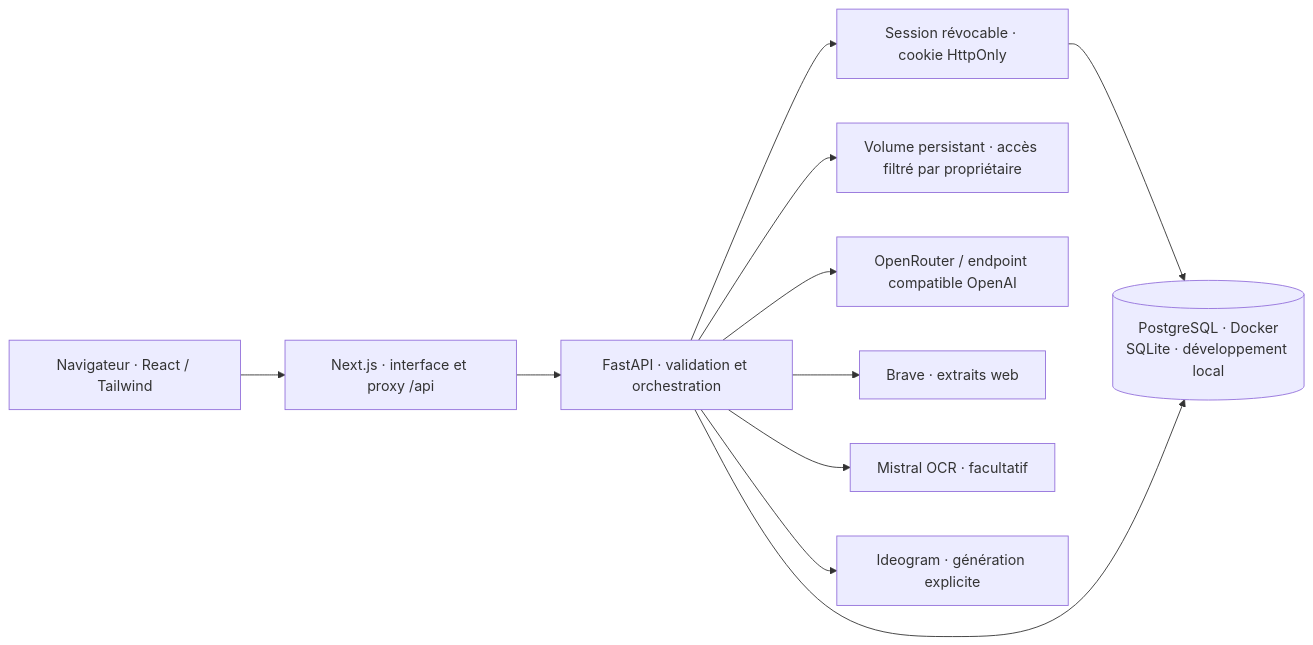
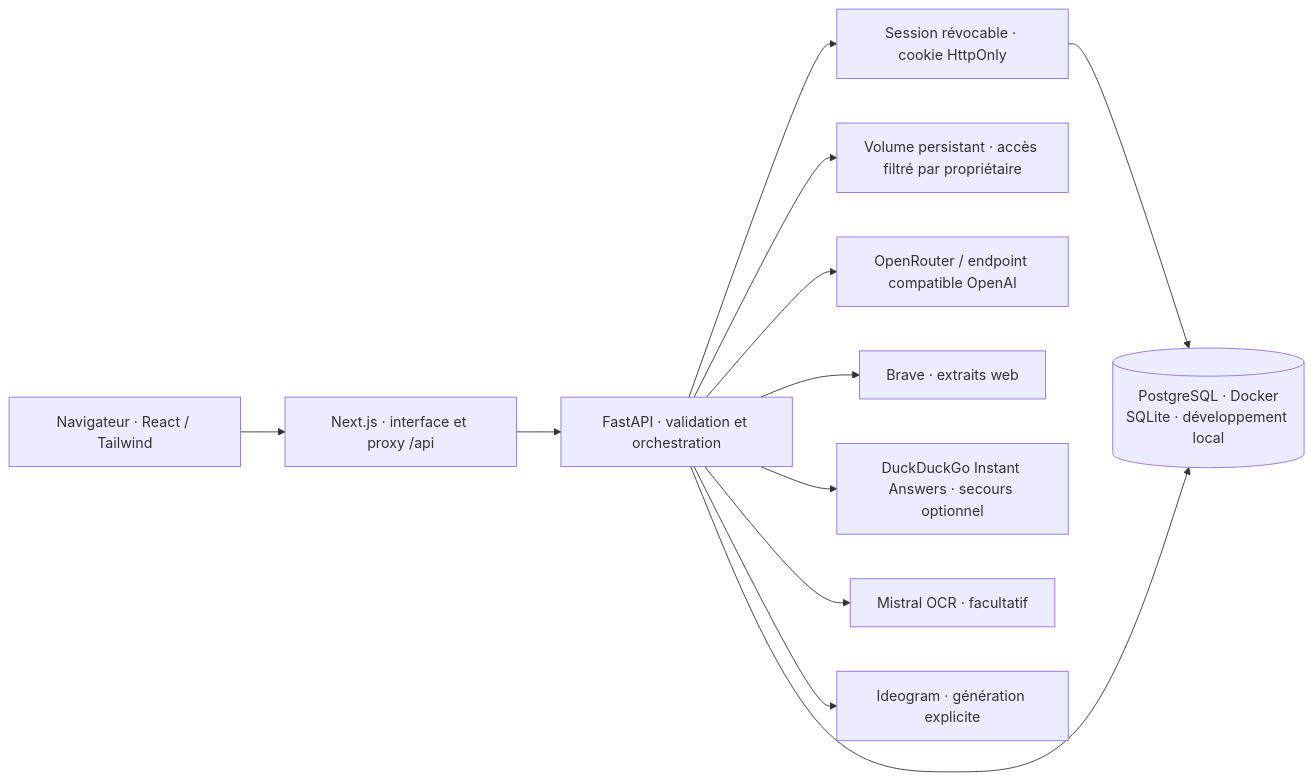
Before and after one commit to monpseudoestpris/tchataiperso: the diagram in docs/architecture.md, drawn with Mermaid. The commit also changed other lines of this file and 13 other files, not shown here.

Commit message:
Ajoute DuckDuckGo en secours de Brave

````diff
--- a/docs/architecture.md
+++ b/docs/architecture.md
@@ -3,13 +3,14 @@
 ```mermaid
 flowchart LR
     Browser["Navigateur · React / Tailwind"] --> Next["Next.js · interface et proxy /api"]
     Next --> FastAPI["FastAPI · validation et orchestration"]
     FastAPI --> Auth["Session révocable · cookie HttpOnly"]
     Auth --> DB[("PostgreSQL · Docker\nSQLite · développement local")]
     FastAPI --> DB
     FastAPI --> Files["Volume persistant · accès filtré par propriétaire"]
     FastAPI --> LLM["OpenRouter / endpoint compatible OpenAI"]
     FastAPI --> Brave["Brave · extraits web"]
+    FastAPI --> DDG["DuckDuckGo Instant Answers · secours optionnel"]
     FastAPI --> OCR["Mistral OCR · facultatif"]
     FastAPI --> Ideogram["Ideogram · génération explicite"]
 ```
````
